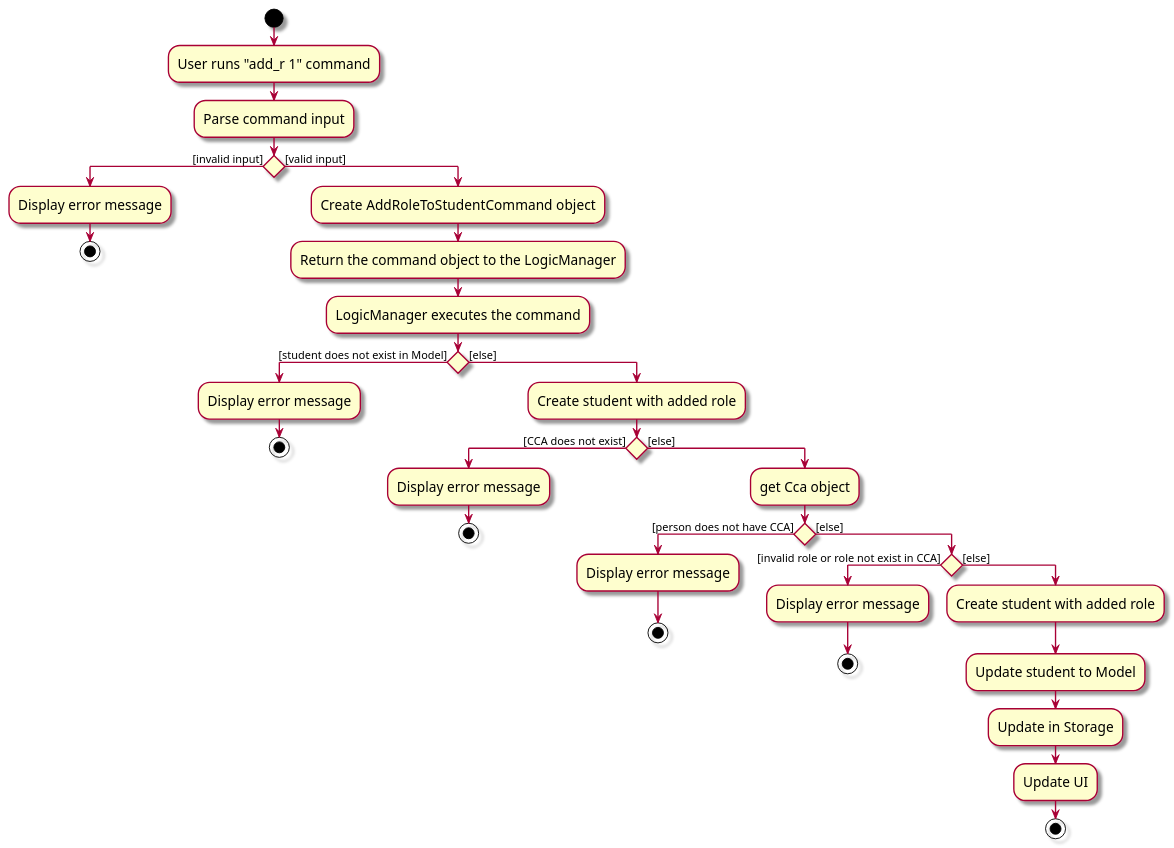
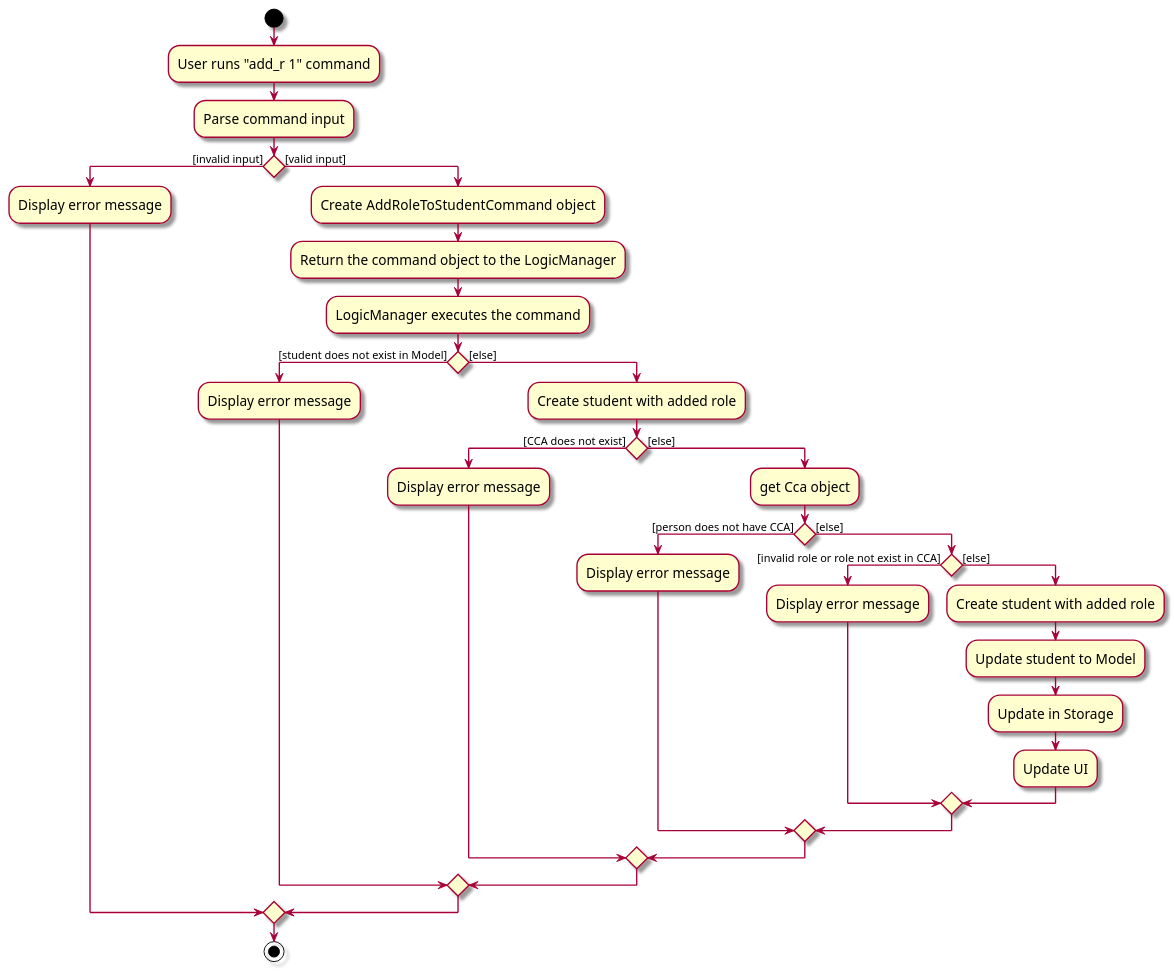
The diagram in docs/diagrams/AddRoleActivityDiagram.puml (waylonggggg/tp), drawn with PlantUML before and after one commit. The commit also changed 2 other files, not shown here.

Commit message:
Adjust the size of diagrams

```diff
--- a/docs/diagrams/AddRoleActivityDiagram.puml
+++ b/docs/diagrams/AddRoleActivityDiagram.puml
@@ -1,52 +1,58 @@
 @startuml
 
 skin rose
 skinparam ActivityFontSize 15
 skinparam ArrowFontSize 12
 
 start
 :User runs "add_r 1" command;
 :Parse command input;
 
 if () then ([invalid input])
   :Display error message;
-  stop
+
 
 else ([valid input])
   :Create AddRoleToStudentCommand object;
   :Return the command object to the LogicManager;
   :LogicManager executes the command;
 
 if () then ([student does not exist in Model])
   :Display error message;
-  stop
+
 
 else ([else])
 
     :Create student with added role;
 
 if () then ([CCA does not exist])
   :Display error message;
-  stop
+
 
 else ([else])
   :get Cca object;
 
 if () then ([person does not have CCA])
   :Display error message;
-  stop
+
 
 else ([else])
 
 if () then ([invalid role or role not exist in CCA])
   :Display error message;
-  stop
+
 
 else ([else])
   :Create student with added role;
   :Update student to Model;
   :Update in Storage;
   :Update UI;
+
+  endif
+  endif
+  endif
+  endif
+  endif
 stop
 
 @enduml
```
